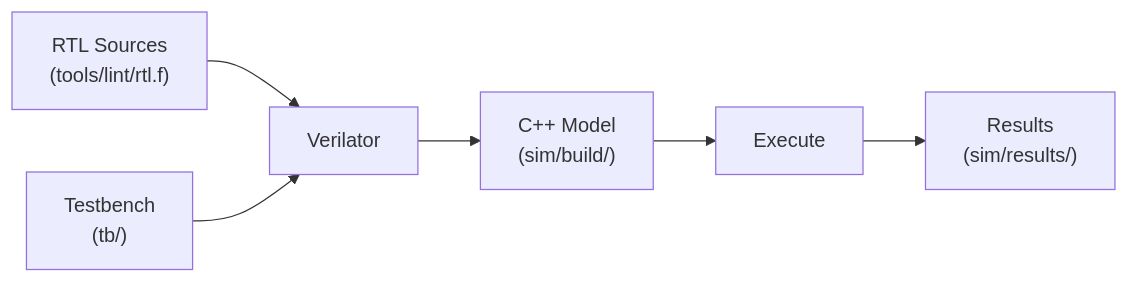
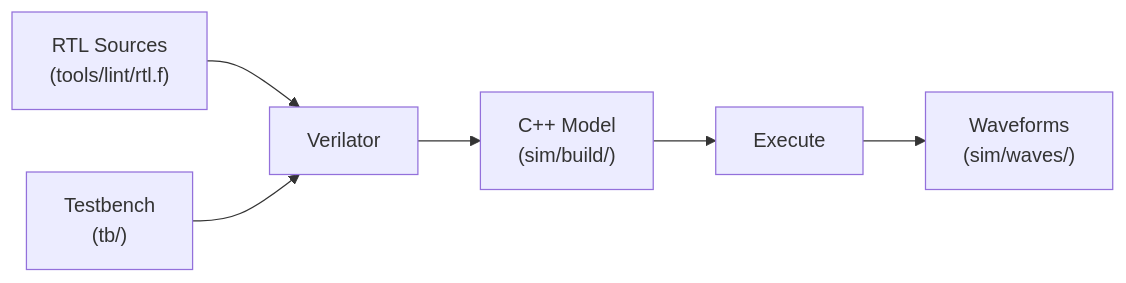
The diagram in docs/bringup/sim_bringup.md (Arty3/lg-npu), drawn with Mermaid before and after one commit. The commit also changed 33 other files, not shown here.

````diff
--- a/docs/bringup/sim_bringup.md
+++ b/docs/bringup/sim_bringup.md
@@ -57,15 +57,15 @@
 ```mermaid
 flowchart LR
     RTL["RTL Sources\n(tools/lint/rtl.f)"]
     TB["Testbench\n(tb/)"]
     VER["Verilator"]
     CPP["C++ Model\n(sim/build/)"]
     RUN["Execute"]
-    LOG["Results\n(sim/results/)"]
+    WAVE["Waveforms\n(sim/waves/)"]
 
     RTL --> VER
     TB --> VER
     VER --> CPP
     CPP --> RUN
-    RUN --> LOG
+    RUN --> WAVE
 ```
````
